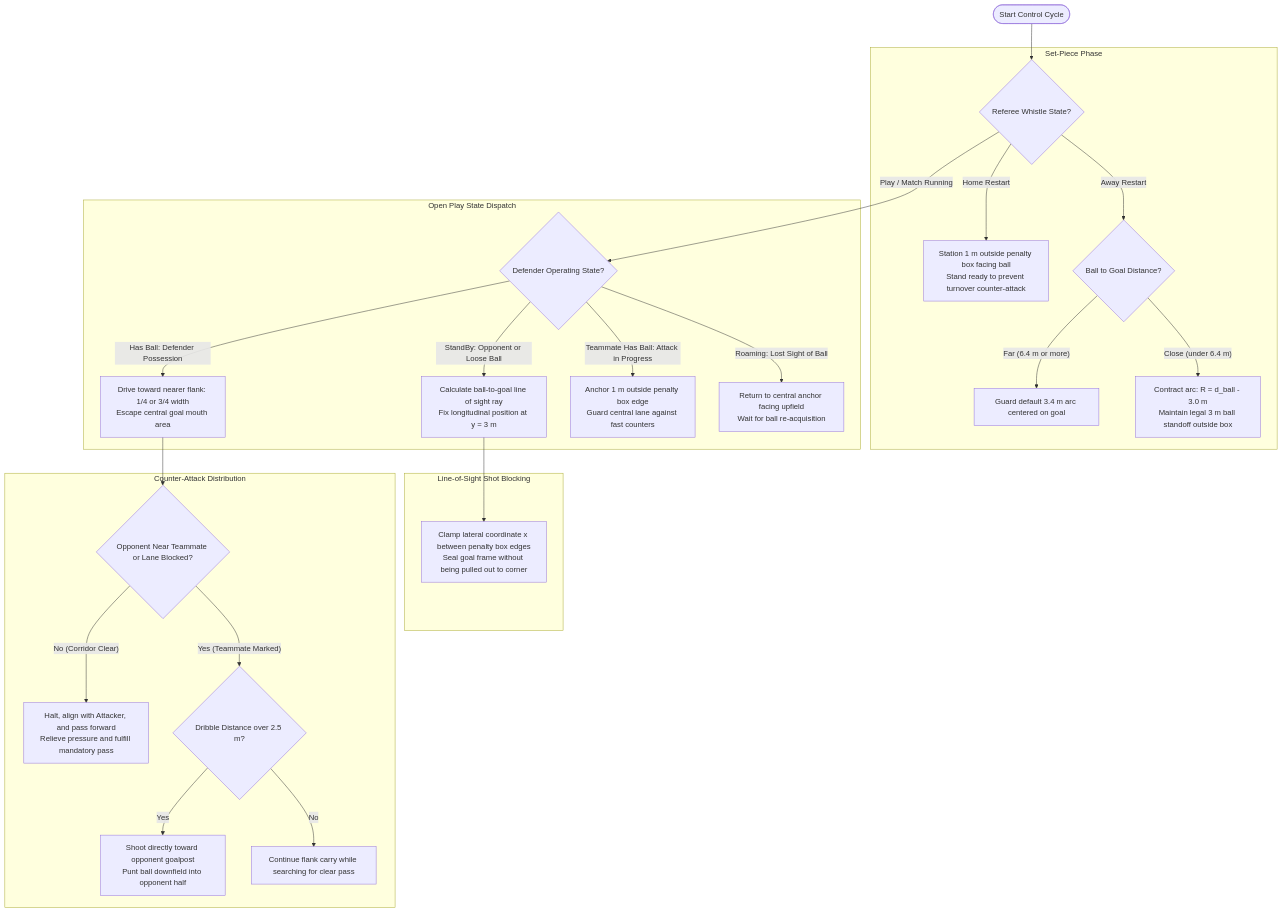
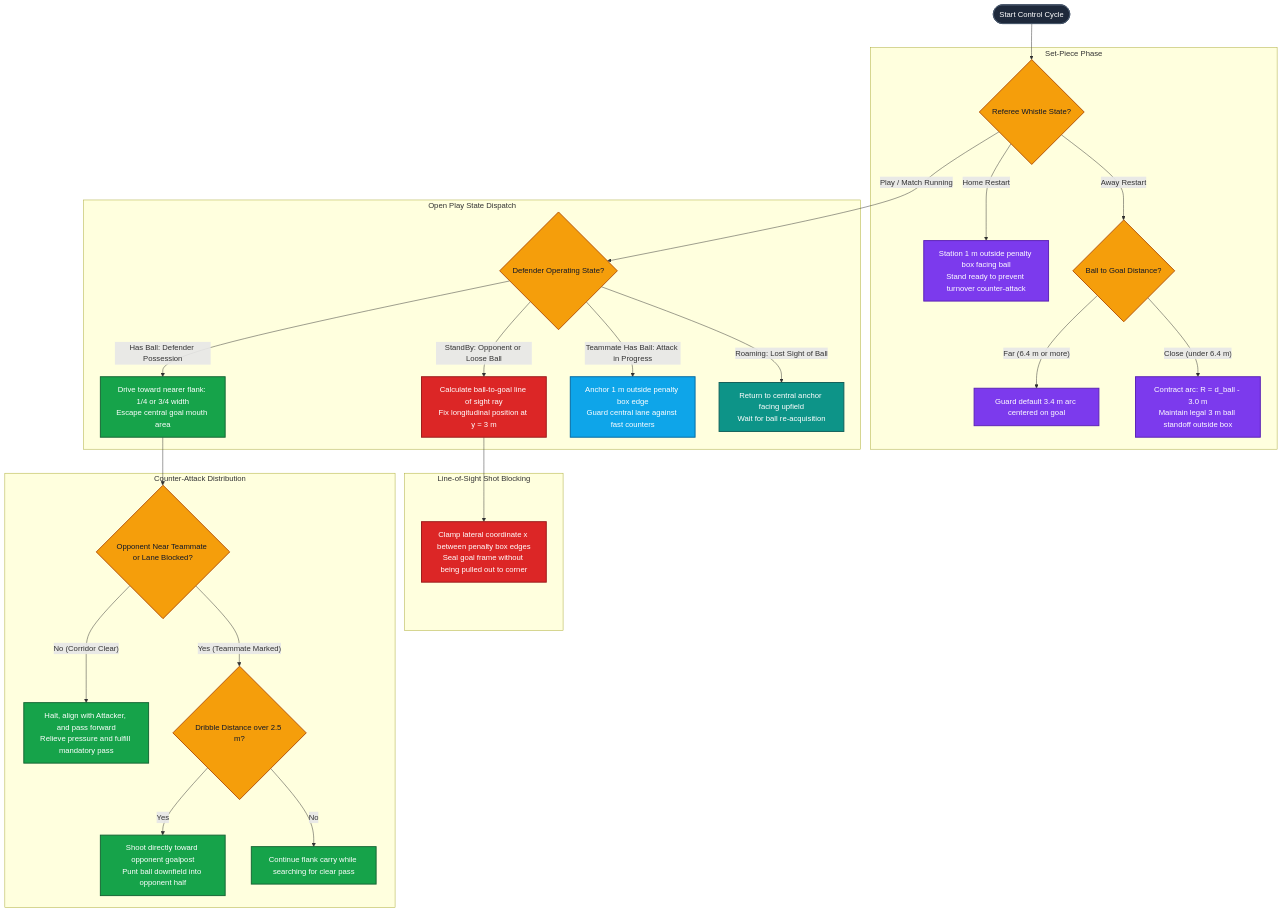
The diagram in pages/projects/defender_play_strategy.md (apt2736/markdown-portfolio), drawn with Mermaid before and after one commit. The commit also changed other lines of this file and 6 other files, not shown here.

````diff
--- a/pages/projects/defender_play_strategy.md
+++ b/pages/projects/defender_play_strategy.md
@@ -23,35 +23,51 @@
 ```mermaid
 flowchart TD
     Start(["Start Control Cycle"]) --> CheckRef{"Referee Whistle State?"}
 
     subgraph DefenderSetPiece ["Set-Piece Phase"]
         CheckRef -->|"Home Restart"| DefHome["Station 1 m outside penalty box facing ball<br/>Stand ready to prevent turnover counter-attack"]
         CheckRef -->|"Away Restart"| BallDist{"Ball to Goal Distance?"}
 
         BallDist -->|"Far (6.4 m or more)"| DefaultArc["Guard default 3.4 m arc centered on goal"]
         BallDist -->|"Close (under 6.4 m)"| ContractArc["Contract arc: R = d_ball - 3.0 m<br/>Maintain legal 3 m ball standoff outside box"]
     end
 
     subgraph DefenderOpenPlay ["Open Play State Dispatch"]
         CheckRef -->|"Play / Match Running"| DefState{"Defender Operating State?"}
 
         DefState -->|"StandBy: Opponent or Loose Ball"| LineOfSight["Calculate ball-to-goal line of sight ray<br/>Fix longitudinal position at y = 3 m"]
         DefState -->|"Has Ball: Defender Possession"| FlankEscape["Drive toward nearer flank: 1/4 or 3/4 width<br/>Escape central goal mouth area"]
         DefState -->|"Teammate Has Ball: Attack in Progress"| HoldAnchor["Anchor 1 m outside penalty box edge<br/>Guard central lane against fast counters"]
         DefState -->|"Roaming: Lost Sight of Ball"| ResetStation["Return to central anchor facing upfield<br/>Wait for ball re-acquisition"]
     end
 
     subgraph ShotBlocking ["Line-of-Sight Shot Blocking"]
         LineOfSight --> ClampBox["Clamp lateral coordinate x between penalty box edges<br/>Seal goal frame without being pulled out to corner"]
     end
 
     subgraph ClearanceSequence ["Counter-Attack Distribution"]
         FlankEscape --> ScanPass{"Opponent Near Teammate or Lane Blocked?"}
 
         ScanPass -->|"No (Corridor Clear)"| PassForward["Halt, align with Attacker, and pass forward<br/>Relieve pressure and fulfill mandatory pass"]
         ScanPass -->|"Yes (Teammate Marked)"| DribbleDist{"Dribble Distance over 2.5 m?"}
 
         DribbleDist -->|"Yes"| ClearGoal["Shoot directly toward opponent goalpost<br/>Punt ball downfield into opponent half"]
         DribbleDist -->|"No"| ContinueFlank["Continue flank carry while searching for clear pass"]
     end
+
+    classDef entry fill:#1e293b,stroke:#475569,stroke-width:2px,color:#ffffff;
+    classDef decision fill:#f59e0b,stroke:#b45309,stroke-width:2px,color:#0f172a;
+    classDef setpiece fill:#7c3aed,stroke:#5b21b6,stroke-width:2px,color:#ffffff;
+    classDef hasball fill:#16a34a,stroke:#166534,stroke-width:2px,color:#ffffff;
+    classDef offball fill:#0ea5e9,stroke:#0369a1,stroke-width:2px,color:#ffffff;
+    classDef defense fill:#dc2626,stroke:#991b1b,stroke-width:2px,color:#ffffff;
+    classDef recovery fill:#0d9488,stroke:#115e59,stroke-width:2px,color:#ffffff;
+
+    class Start entry;
+    class CheckRef,BallDist,DefState,ScanPass,DribbleDist decision;
+    class DefHome,DefaultArc,ContractArc setpiece;
+    class FlankEscape,PassForward,ClearGoal,ContinueFlank hasball;
+    class HoldAnchor offball;
+    class LineOfSight,ClampBox defense;
+    class ResetStation recovery;
 ```
````
